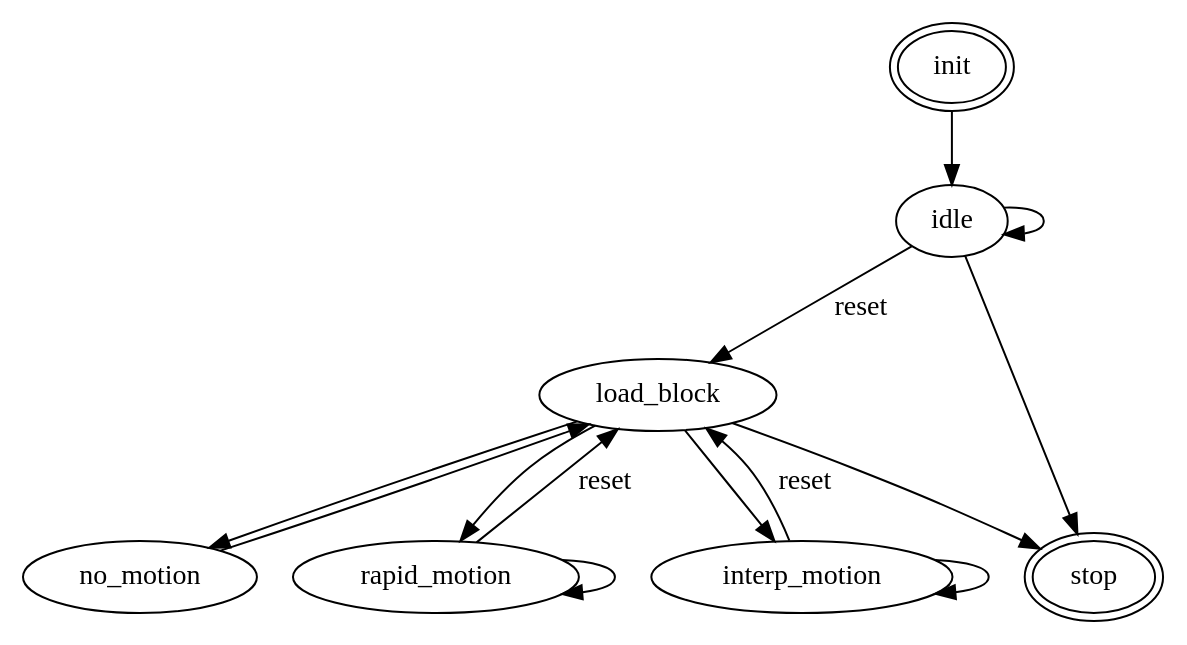
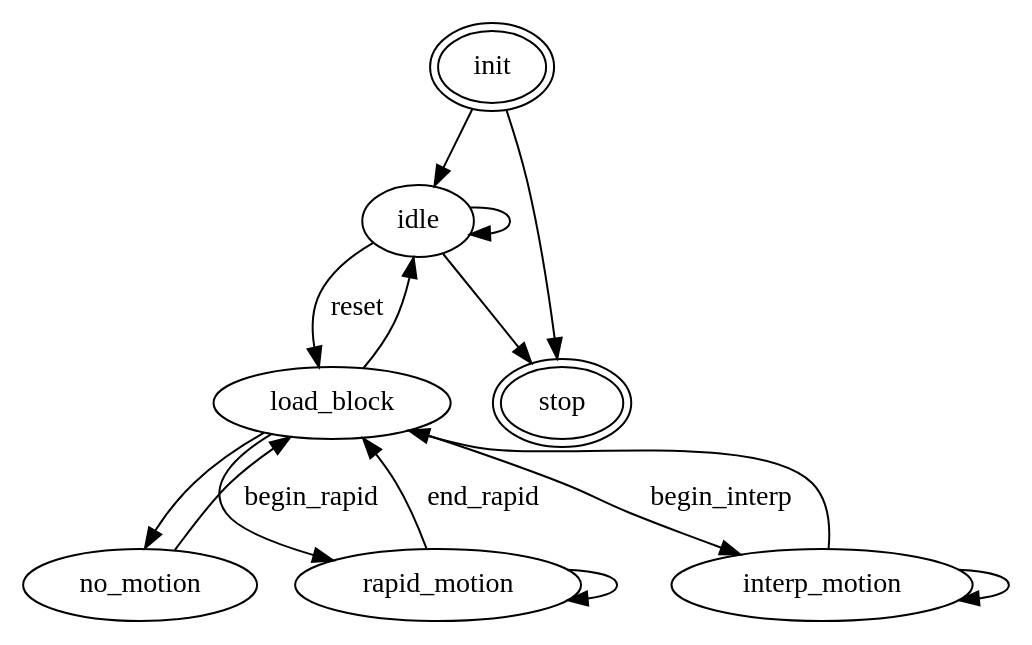
One commit to pbosetti/c-cnc changed the diagram in src/fsm.dot. Above: the diagram before and after it, drawn with Graphviz. The commit also changed 2 other files, not shown here.

```diff
--- a/src/fsm.dot
+++ b/src/fsm.dot
@@ -1,29 +1,30 @@
 # Finite State Machine for the C-CNC main executable
 # generate with the command:
 # gv_fsm src/fsm.dot -o src/fsm -l -k stop -p C-CNC -d "Finite State Machine for the C-CNC controller" -x ccnc
 digraph "C-CNC" {
   # List of states
   init [peripheries=2]
   idle
   load_block
   no_motion
   rapid_motion
   interp_motion
   stop [peripheries=2]
 
   # List of transitions
   init -> idle
+  init -> stop
   idle -> idle
   idle -> load_block [label="reset"]
   load_block -> no_motion
   no_motion -> load_block
-  load_block -> rapid_motion
+  load_block -> rapid_motion [label="begin_rapid"]
   rapid_motion -> rapid_motion
-  rapid_motion -> load_block [label="reset"]
-  load_block -> interp_motion
+  rapid_motion -> load_block [label="end_rapid"]
+  load_block -> interp_motion [label="begin_interp"]
   interp_motion -> interp_motion
-  interp_motion -> load_block [label="reset"]
-  load_block -> stop
+  interp_motion -> load_block
+  load_block -> idle
   idle -> stop
 
 }
```
